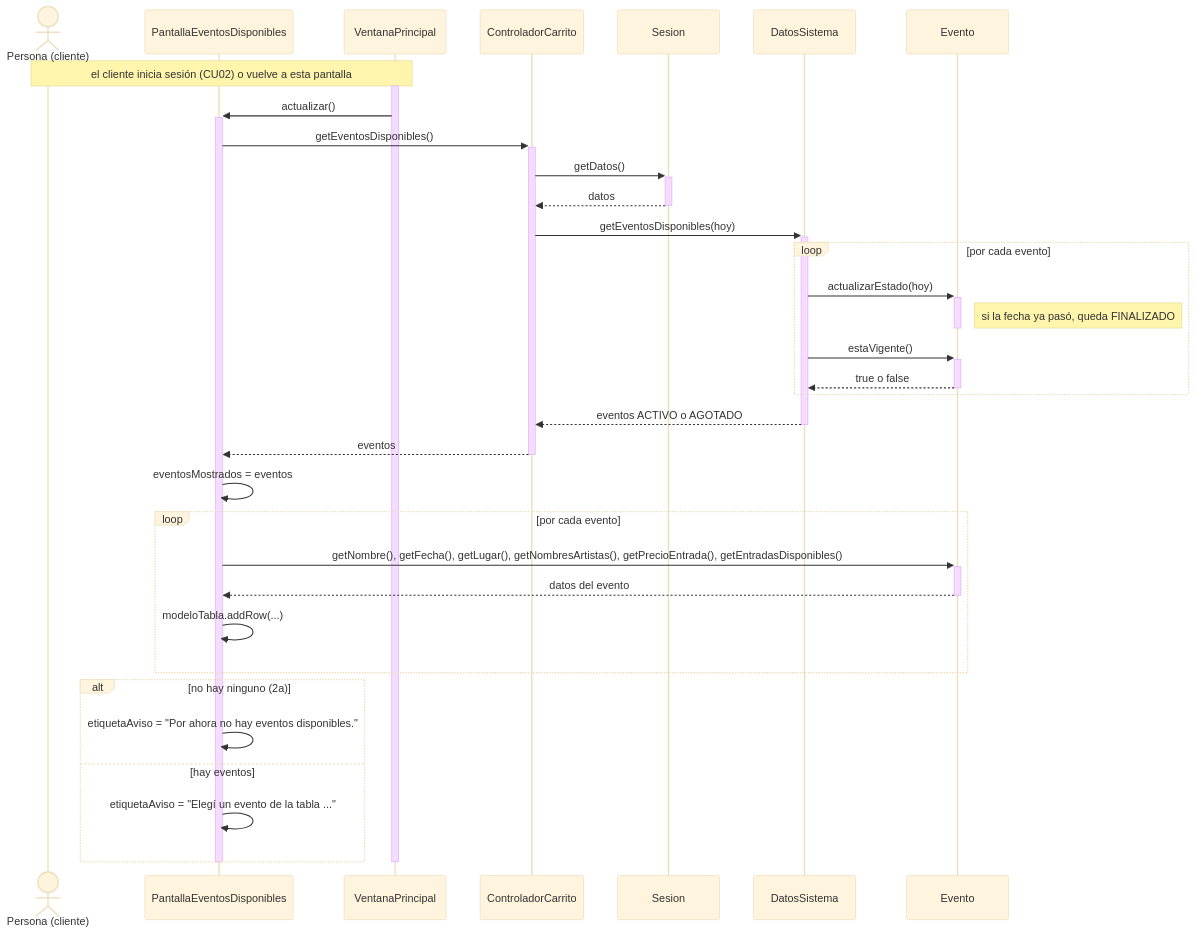
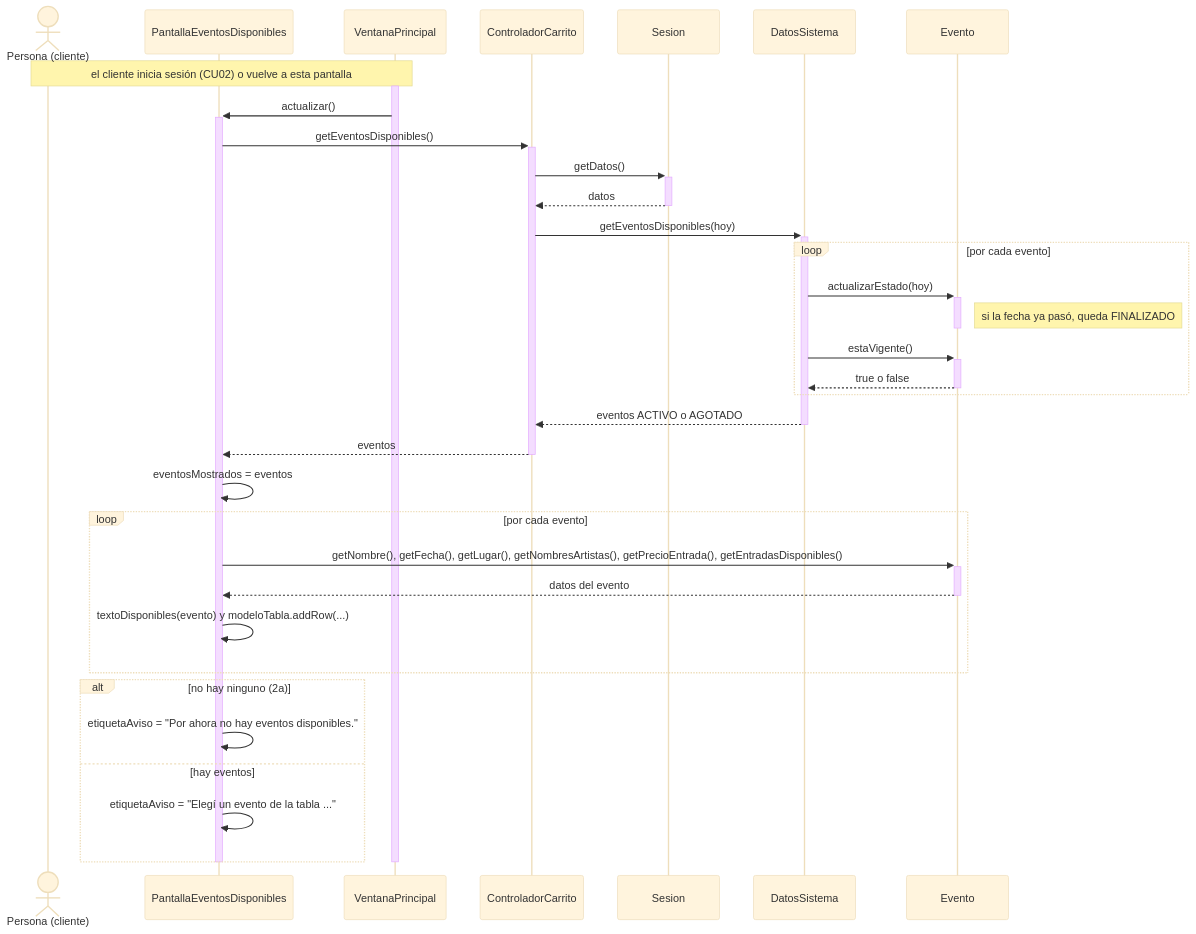
The diagram in docs/diseno/secuencias/CU07-consultar-eventos-disponibles.md (AgustinSimonenco/gestion-eventos-musicales), drawn with Mermaid (base theme) before and after one commit. The commit also changed 11 other files, not shown here.

First line of the commit message:
Diagramas: cruce completo con el codigo y correcciones

````diff
--- a/docs/diseno/secuencias/CU07-consultar-eventos-disponibles.md
+++ b/docs/diseno/secuencias/CU07-consultar-eventos-disponibles.md
@@ -9,40 +9,40 @@
 ```mermaid
 sequenceDiagram
     actor U as Persona (cliente)
     participant P as PantallaEventosDisponibles
     participant V as VentanaPrincipal
     participant C as ControladorCarrito
     participant S as Sesion
     participant D as DatosSistema
     participant E as Evento
 
     Note over U,V: el cliente inicia sesión (CU02) o vuelve a esta pantalla
     activate V
     V->>+P: actualizar()
     P->>+C: getEventosDisponibles()
     C->>+S: getDatos()
     S-->>-C: datos
     C->>+D: getEventosDisponibles(hoy)
     loop por cada evento
         D->>+E: actualizarEstado(hoy)
         Note right of E: si la fecha ya pasó, queda FINALIZADO
         deactivate E
         D->>+E: estaVigente()
         E-->>-D: true o false
     end
     D-->>-C: eventos ACTIVO o AGOTADO
     C-->>-P: eventos
     P->>P: eventosMostrados = eventos
     loop por cada evento
         P->>+E: getNombre(), getFecha(), getLugar(), getNombresArtistas(), getPrecioEntrada(), getEntradasDisponibles()
         E-->>-P: datos del evento
-        P->>P: modeloTabla.addRow(...)
+        P->>P: textoDisponibles(evento) y modeloTabla.addRow(...)
     end
     alt no hay ninguno (2a)
         P->>P: etiquetaAviso = "Por ahora no hay eventos disponibles."
     else hay eventos
         P->>P: etiquetaAviso = "Elegí un evento de la tabla ..."
     end
     deactivate P
     deactivate V
 ```
````
